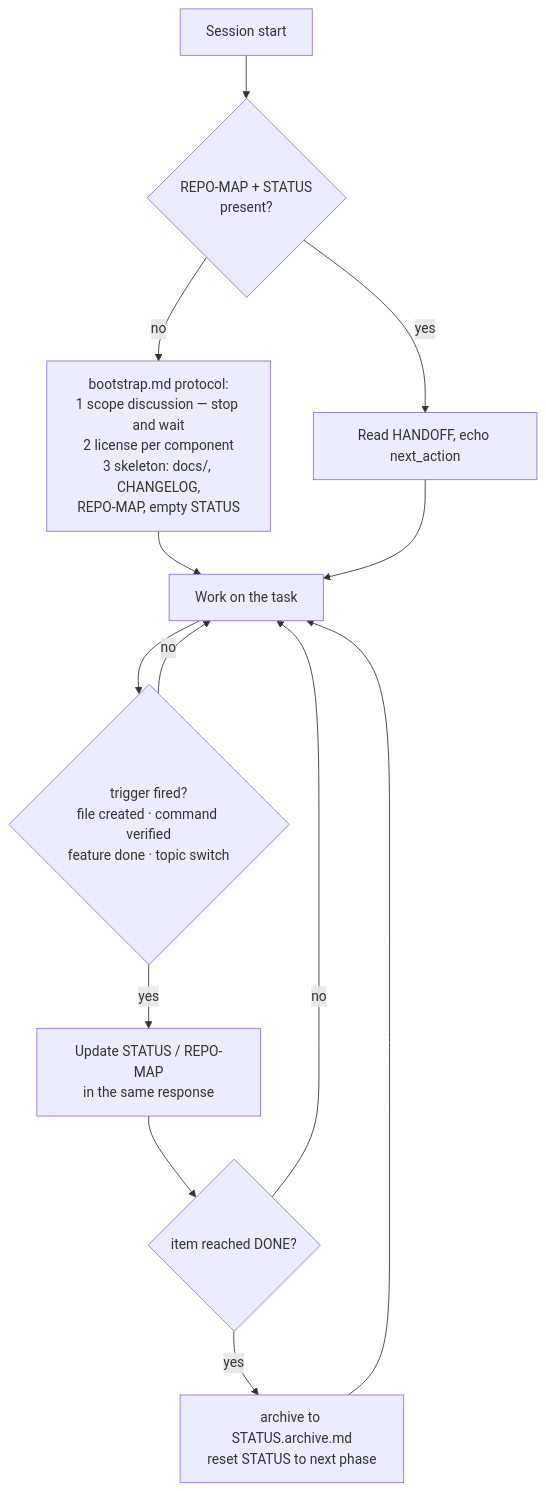
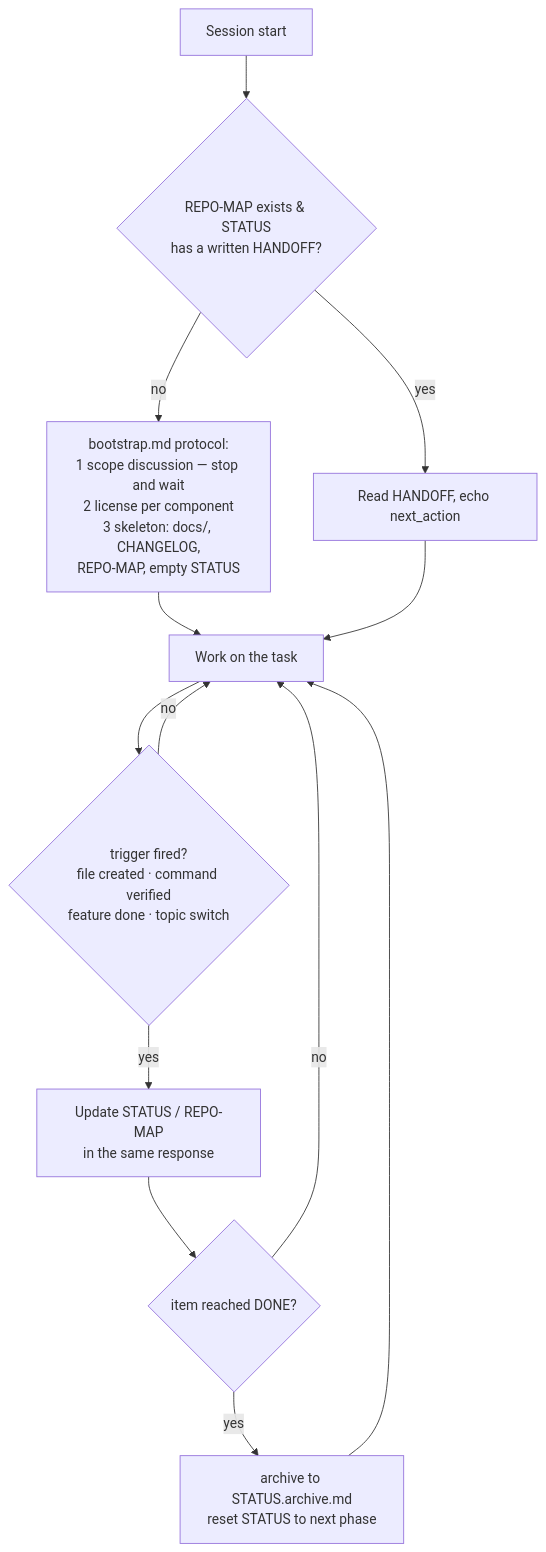
The diagram in IaC/docs/agent-contract/memory-and-bootstrap.md (pv-whoogsteder/Ordnung-The-AI-Agent-contract-repository), drawn with Mermaid before and after one commit. The commit also changed other lines of this file and 12 other files, not shown here.

````diff
--- a/IaC/docs/agent-contract/memory-and-bootstrap.md
+++ b/IaC/docs/agent-contract/memory-and-bootstrap.md
@@ -8,15 +8,15 @@
 ```mermaid
 flowchart TD
-    S[Session start] --> R{REPO-MAP + STATUS<br/>present?}
+    S[Session start] --> R{REPO-MAP exists & STATUS<br/>has a written HANDOFF?}
     R -->|no| B["bootstrap.md protocol:<br/>1 scope discussion — stop and wait<br/>2 license per component<br/>3 skeleton: docs/, CHANGELOG,<br/>REPO-MAP, empty STATUS"]
     B --> W[Work on the task]
     R -->|yes| H[Read HANDOFF, echo next_action]
     H --> W
     W --> T{trigger fired?<br/>file created · command verified<br/>feature done · topic switch}
     T -->|yes| U[Update STATUS / REPO-MAP<br/>in the same response]
     T -->|no| W
     U --> D{item reached DONE?}
     D -->|yes| A["archive to STATUS.archive.md<br/>reset STATUS to next phase"]
     D -->|no| W
     A --> W
 ```
````
